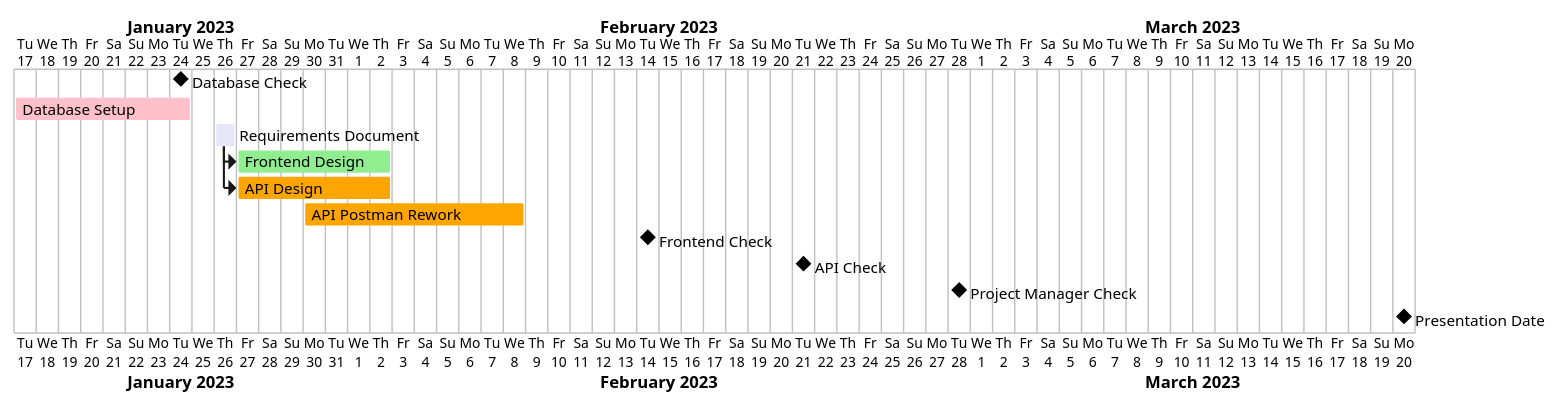
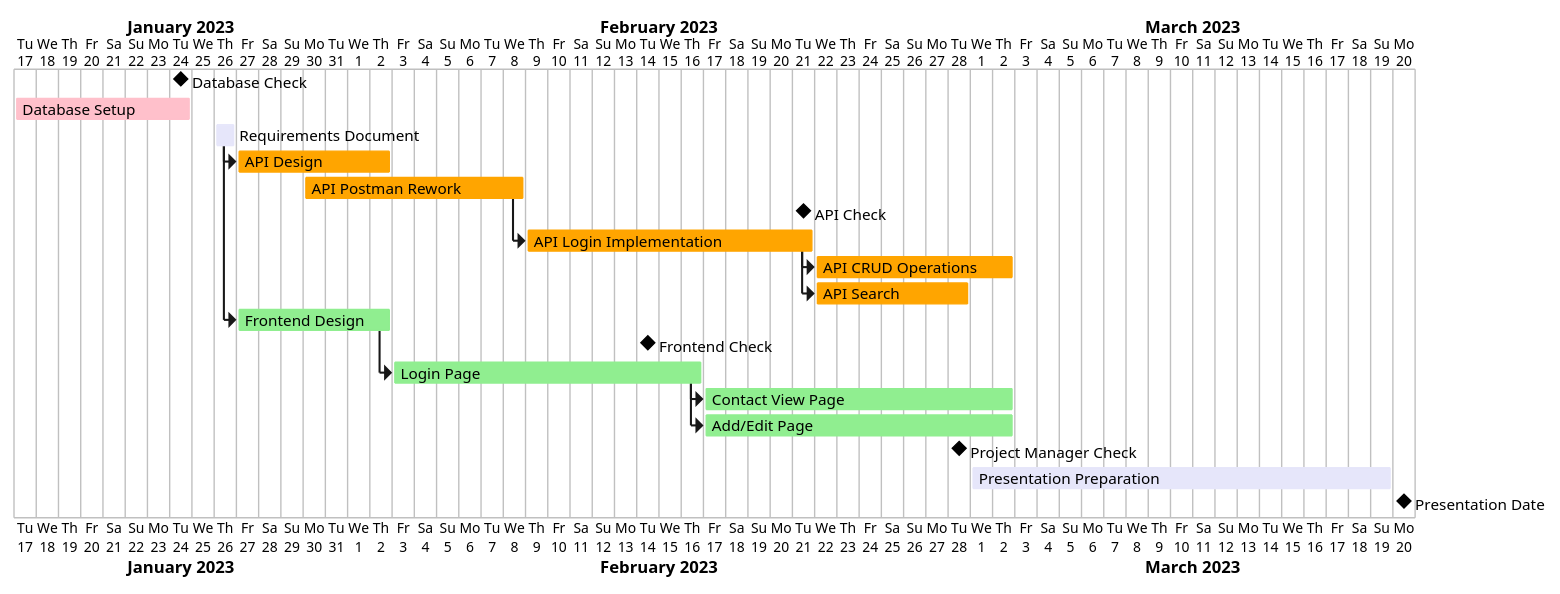
The diagram in uml/gantt.puml (ethandrzb/ContactManager), drawn with PlantUML before and after one commit.

Commit message:
Finished (tentative) ongoing Gantt chart

```diff
--- a/uml/gantt.puml
+++ b/uml/gantt.puml
@@ -1,35 +1,27 @@
 @startgantt
 'https://plantuml.com/gantt-diagram
 
 Project starts on 2023-01-17
 
 [Database Check] happens on 2023-01-24
 [Database Setup] lasts 8 days and is colored in Pink
 
 [Requirements Document] lasts 1 day and is colored in Lavender and starts on 2023-01-26
-[Frontend Design] lasts 7 days and is colored in LightGreen and starts after [Requirements Document]'s end
+
 [API Design] lasts 7 days and is colored in Orange and starts after [Requirements Document]'s end
 [API Postman Rework] lasts 10 days and is colored in Orange and starts on 2023-01-30
+[API Check] happens on 2023-02-21
+[API Login Implementation] lasts 13 days and is colored in Orange and starts after [API Postman Rework]'s end
+[API CRUD Operations] lasts 9 days and is colored in Orange and starts after [API Login Implementation]'s end
+[API Search] lasts 7 days and is colored in Orange and starts after [API Login Implementation]'s end
+[Frontend Design] lasts 7 days and is colored in LightGreen and starts after [Requirements Document]'s end
+[Frontend Check] happens on 2023-02-14
+[Login Page] lasts 14 days and is colored in LightGreen and starts after [Frontend Design]'s end
+[Contact View Page] lasts 14 days and is colored in LightGreen and starts after [Login Page]'s end
+[Add/Edit Page] lasts 14 days and is colored in LightGreen and starts after [Login Page]'s end
 
-
-[Frontend Check] happens on 2023-02-14
-[API Check] happens on 2023-02-21
 [Project Manager Check] happens on 2023-02-28
-
-
-
-
-
-
-
-'
-'[API Login Implementation]
-'[Frontend Login Implementation]
-'[API CRUD Operations]
-'[API Search]
-'[Contact View Page]
-'[Contact Add/Edit Page]
-'[Presentation Preparation]
+[Presentation Preparation] lasts 19 days and is colored in Lavender and starts on 2023-02-29
 
 [Presentation Date] happens on 2023-03-20
 @endgantt
```
